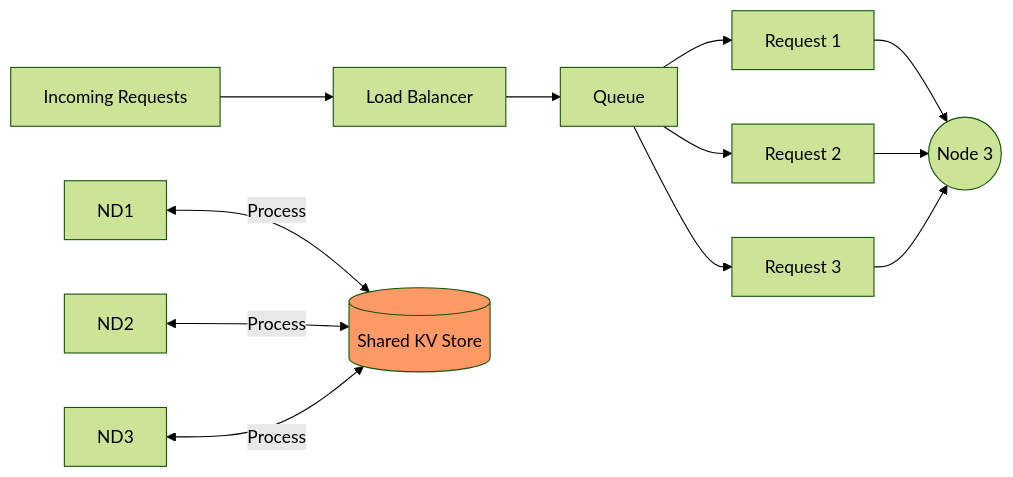
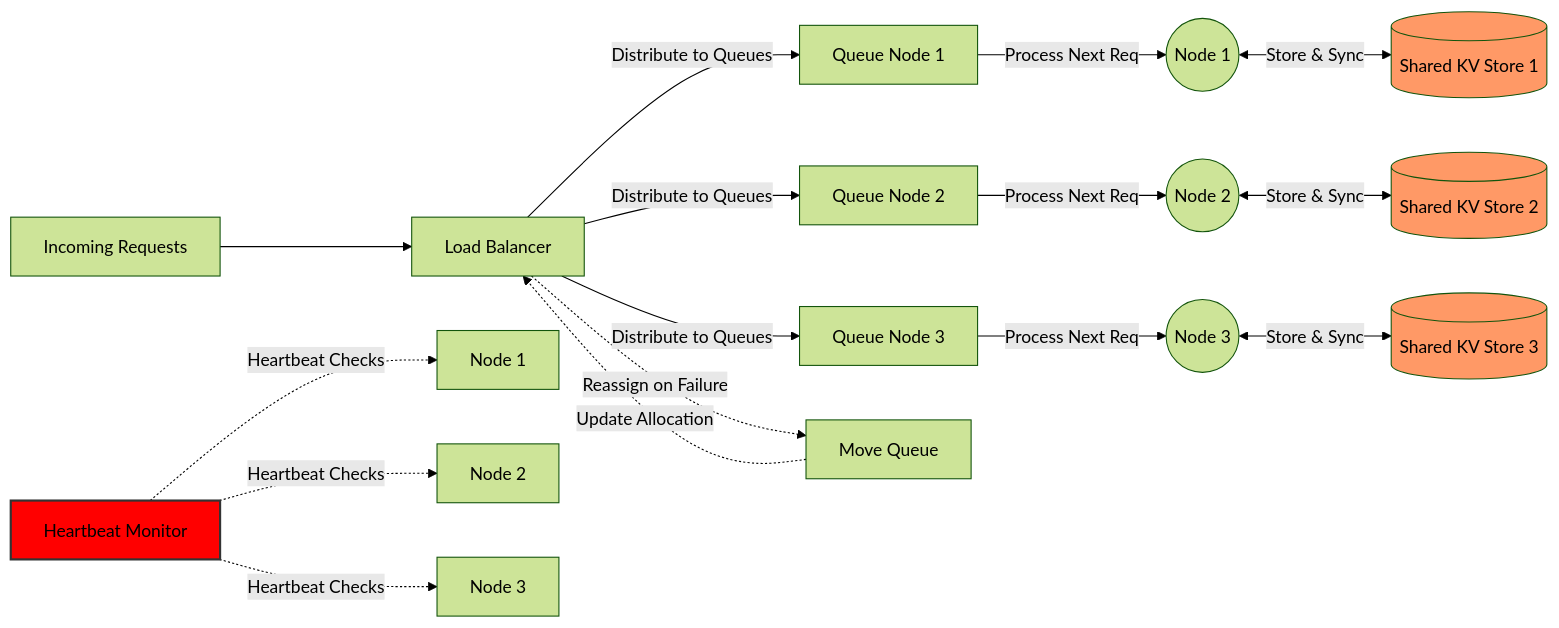
The sixth of 8 diagrams in README.md (L0Lmaker/DistributedSemanticAnalysis), drawn with Mermaid (forest theme) before and after one commit. The commit also changed other lines of this file, not shown here.

````diff
--- a/README.md
+++ b/README.md
@@ -210,17 +315,24 @@
 ```mermaid
 flowchart LR
     REQ[Incoming Requests] --> LB[Load Balancer]
-    LB --> Q[Queue]
-    Q --> R1[Request 1]
-    Q --> R2[Request 2]
-    Q --> R3[Request 3]
-    R1 --> ND((Node 1))
-    R2 --> ND((Node 2))
-    R3 --> ND((Node 3))
-    ND1 <--> |Process| SharedKV[(Shared KV Store)]
-    ND2 <--> |Process| SharedKV
-    ND3 <--> |Process| SharedKV
+    HB[Heartbeat Monitor] -.->|Heartbeat Checks| N1[Node 1]
+    HB -.->|Heartbeat Checks| N2[Node 2]
+    HB -.->|Heartbeat Checks| N3[Node 3]
+    LB -->|Distribute to Queues| Q1[Queue Node 1]
+    LB -->|Distribute to Queues| Q2[Queue Node 2]
+    LB -->|Distribute to Queues| Q3[Queue Node 3]
+    Q1 -->|Process Next Req| ND1((Node 1))
+    Q2 -->|Process Next Req| ND2((Node 2))
+    Q3 -->|Process Next Req| ND3((Node 3))
+    ND1 <--> |Store & Sync| SKV1[(Shared KV Store 1)]
+    ND2 <--> |Store & Sync| SKV2[(Shared KV Store 2)]
+    ND3 <--> |Store & Sync| SKV3[(Shared KV Store 3)]
+
+    LB -.->|Reassign on Failure| MQ[Move Queue]
+    MQ -.->|Update Allocation| LB
 
     classDef kvstore fill:#f96;
-    class SharedKV kvstore;
+    class SKV1,SKV2,SKV3 kvstore;
+    classDef heartbeat fill:#f00, stroke:#333, stroke-width:2px;
+    class HB heartbeat;
 ```
````
